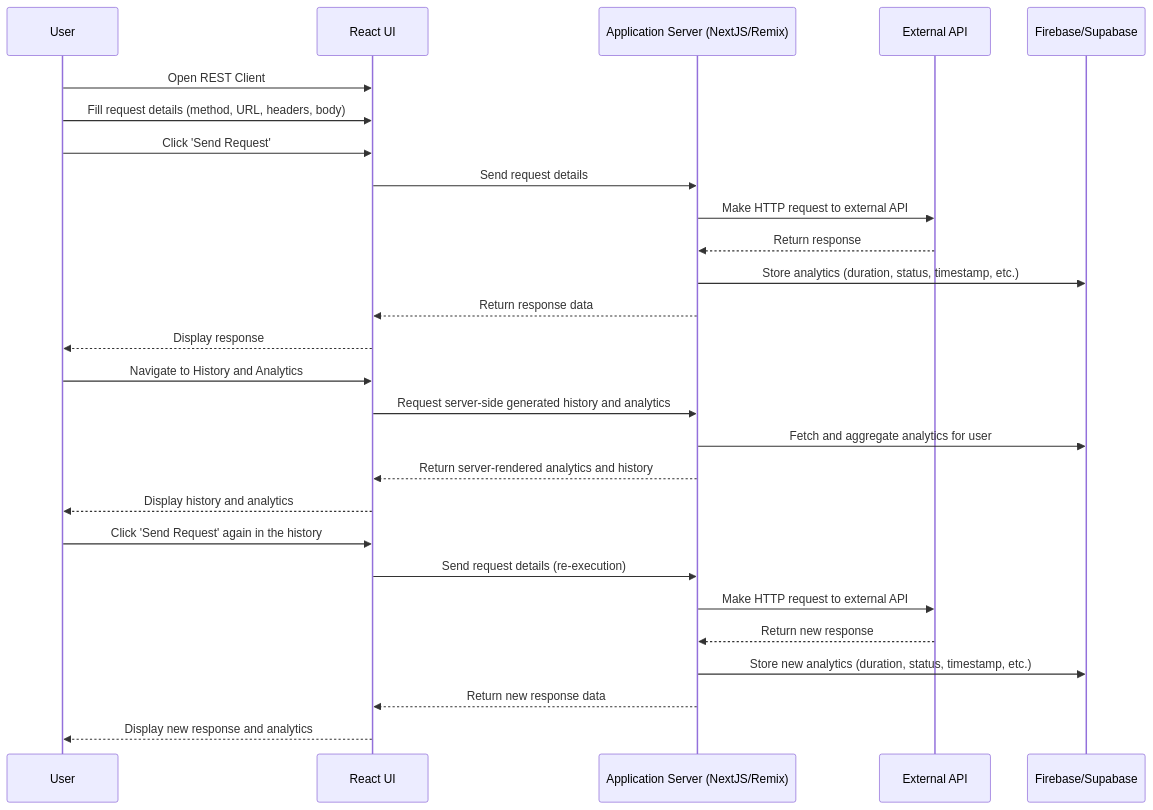
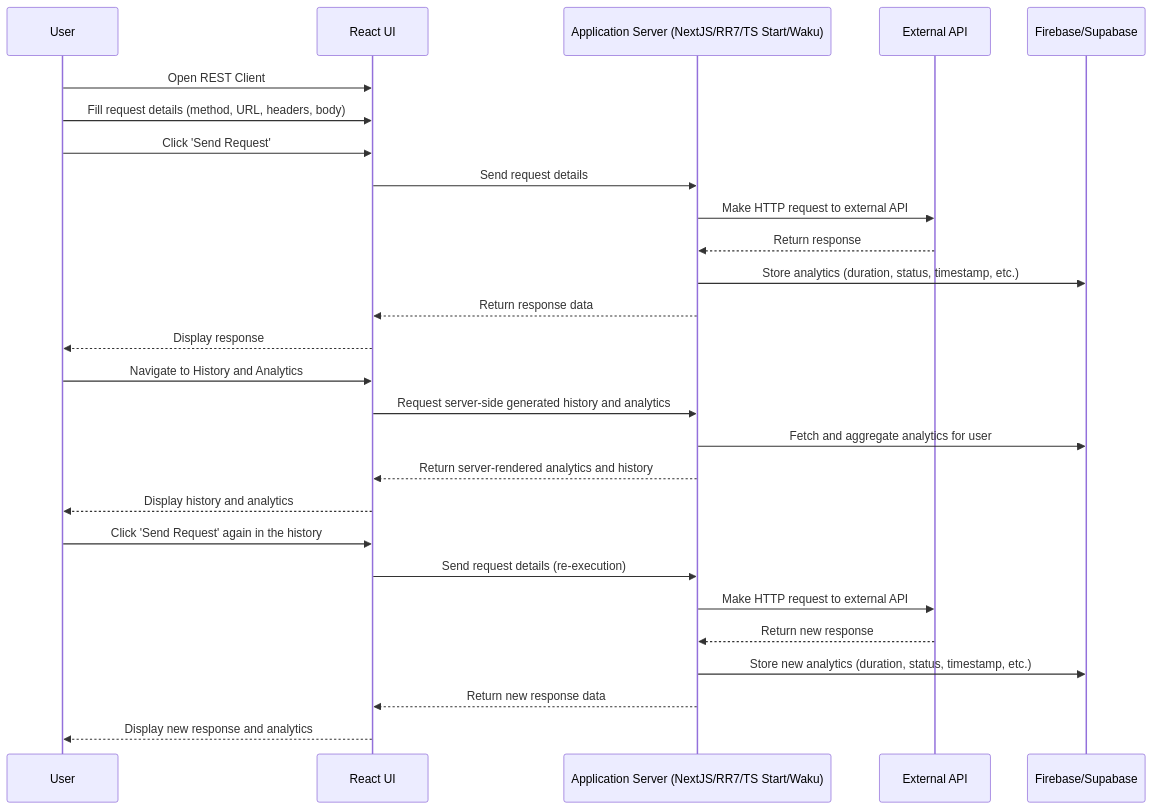
One commit to rolling-scopes-school/tasks changed the diagram in react/modules/tasks/final.md. Above: the diagram before and after it, drawn with Mermaid. The commit also changed other lines of this file, not shown here.

````diff
--- a/react/modules/tasks/final.md
+++ b/react/modules/tasks/final.md
@@ -483,32 +509,32 @@
 ```mermaid
 sequenceDiagram
     participant User
     participant UI as React UI
-    participant Server as Application Server (NextJS/Remix)
+    participant Server as Application Server (NextJS/RR7/TS Start/Waku)
     participant API as External API
     participant DB as Firebase/Supabase
 
     User->>UI: Open REST Client
     User->>UI: Fill request details (method, URL, headers, body)
     User->>UI: Click 'Send Request'
     UI->>Server: Send request details
     Server->>API: Make HTTP request to external API
     API-->>Server: Return response
     Server->>DB: Store analytics (duration, status, timestamp, etc.)
     Server-->>UI: Return response data
     UI-->>User: Display response
 
     User->>UI: Navigate to History and Analytics
     UI->>Server: Request server-side generated history and analytics
     Server->>DB: Fetch and aggregate analytics for user
     Server-->>UI: Return server-rendered analytics and history
     UI-->>User: Display history and analytics
 
     User->>UI: Click 'Send Request' again in the history
     UI->>Server: Send request details (re-execution)
     Server->>API: Make HTTP request to external API
     API-->>Server: Return new response
     Server->>DB: Store new analytics (duration, status, timestamp, etc.)
     Server-->>UI: Return new response data
     UI-->>User: Display new response and analytics
 ```
````
